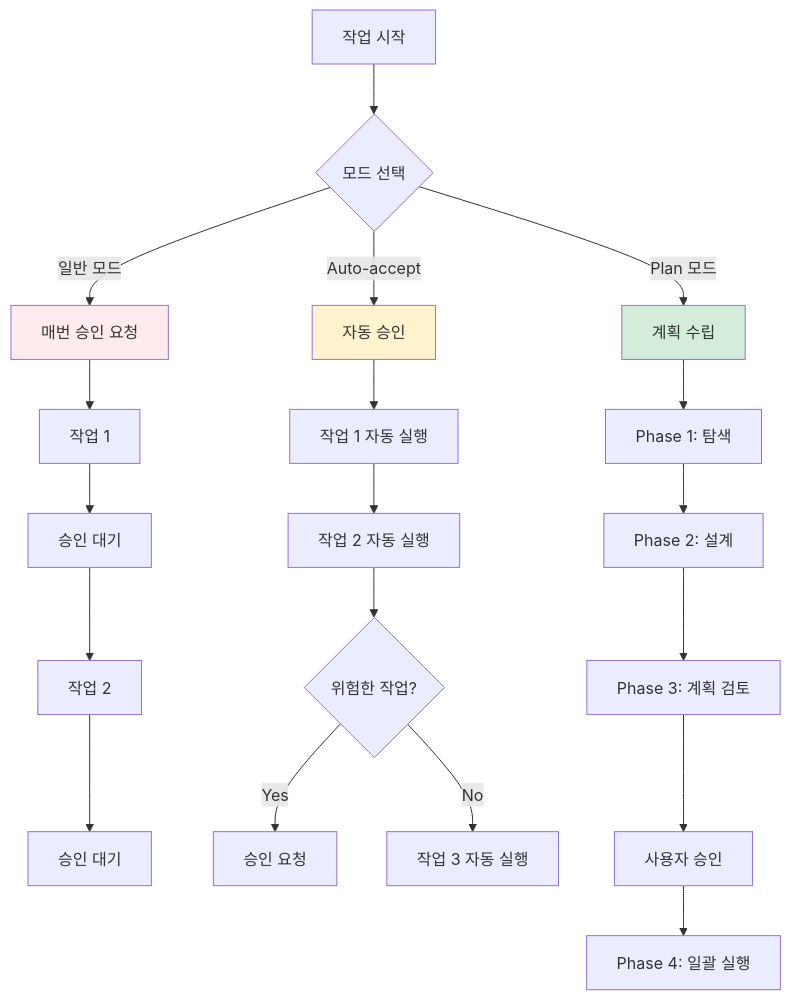
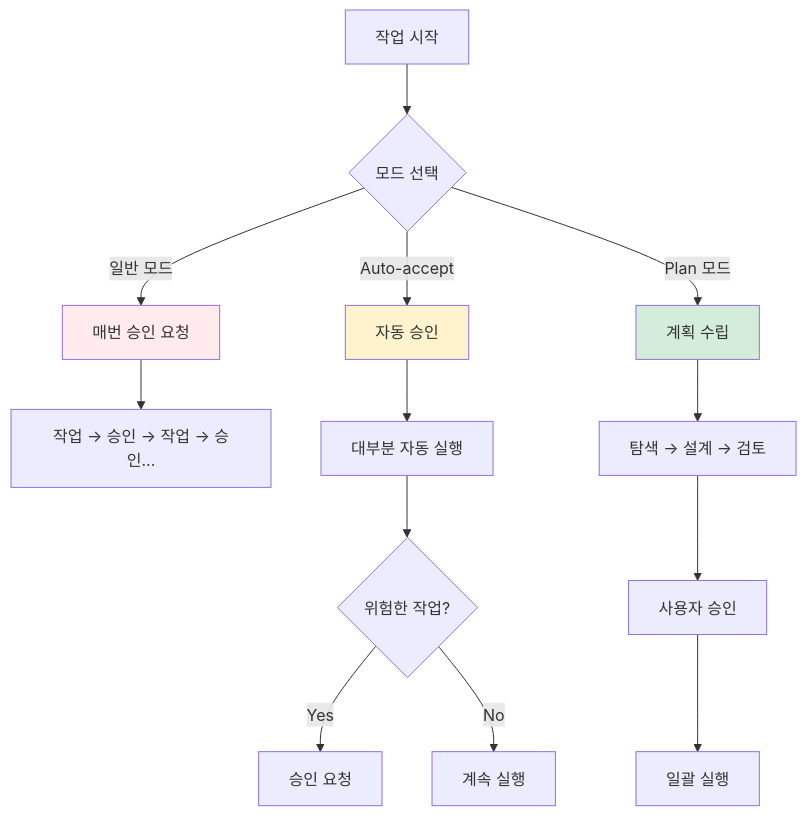
Before and after one commit to Kanghyeop/pages-book-agent101: the third of 6 diagrams in appendix-a/A01.md, drawn with Mermaid. The commit also changed other lines of this file and 1 other file, not shown here.

First line of the commit message:
Mermaid 다이어그램 단순화 동기화

````diff
--- a/appendix-a/A01.md
+++ b/appendix-a/A01.md
@@ -117,29 +117,23 @@
 ```mermaid
 flowchart TD
     Start[작업 시작] --> Mode{모드 선택}
 
     Mode -->|일반 모드| Normal[매번 승인 요청]
     Mode -->|Auto-accept| Auto[자동 승인]
     Mode -->|Plan 모드| Plan[계획 수립]
 
-    Normal --> Task1[작업 1]
-    Task1 --> Approve1["승인 대기"]
-    Approve1 --> Task2[작업 2]
-    Task2 --> Approve2["승인 대기"]
+    Normal --> N1["작업 → 승인 → 작업 → 승인..."]
 
-    Auto --> AutoTask1[작업 1 자동 실행]
-    AutoTask1 --> AutoTask2[작업 2 자동 실행]
-    AutoTask2 --> Critical{위험한 작업?}
-    Critical -->|Yes| ApproveAuto["승인 요청"]
-    Critical -->|No| AutoTask3[작업 3 자동 실행]
+    Auto --> A1[대부분 자동 실행]
+    A1 --> A2{위험한 작업?}
+    A2 -->|Yes| A3[승인 요청]
+    A2 -->|No| A4[계속 실행]
 
-    Plan --> Explore[Phase 1: 탐색]
-    Explore --> Design[Phase 2: 설계]
-    Design --> Review[Phase 3: 계획 검토]
-    Review --> UserApprove["사용자 승인"]
-    UserApprove --> Execute[Phase 4: 일괄 실행]
+    Plan --> P1[탐색 → 설계 → 검토]
+    P1 --> P2[사용자 승인]
+    P2 --> P3[일괄 실행]
 
     style Normal fill:#FFEBEE
     style Auto fill:#FFF3CD
     style Plan fill:#D4EDDA
 ```
````
